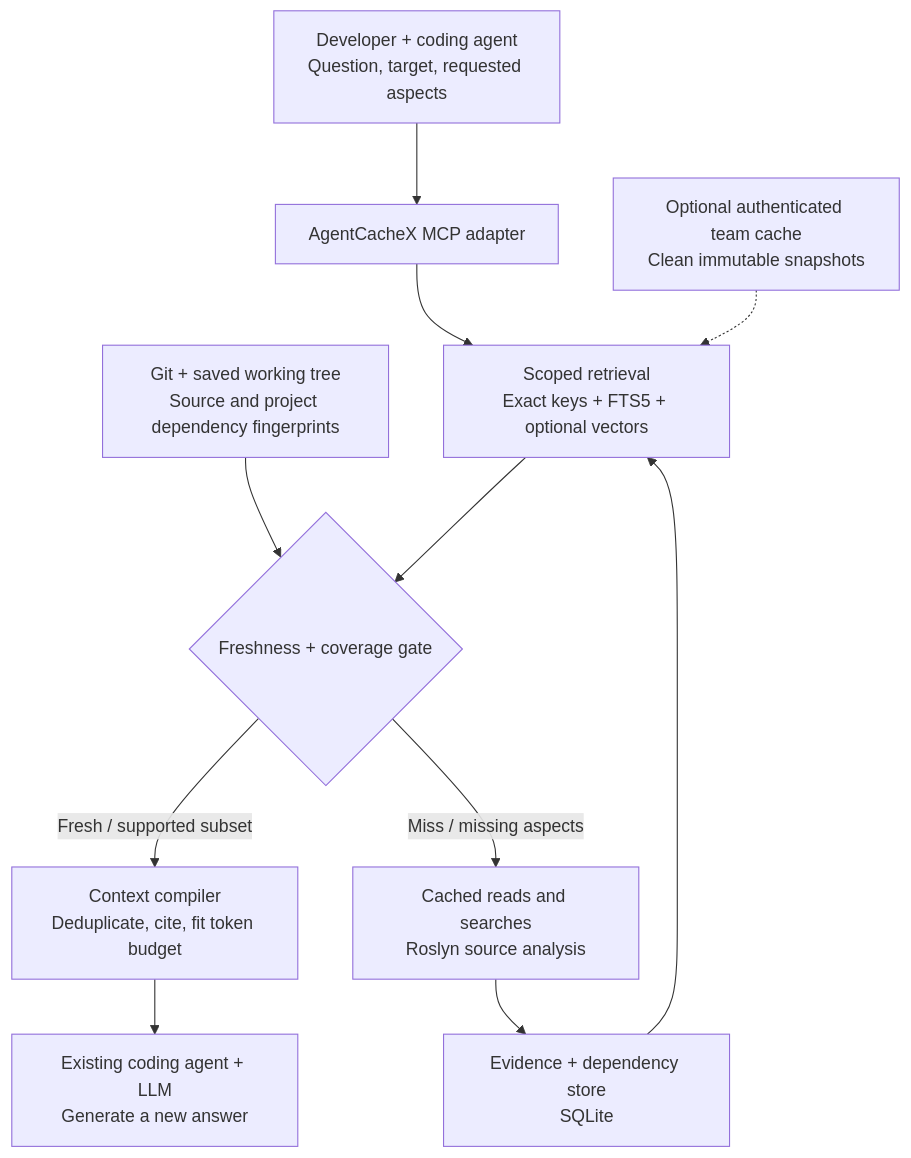
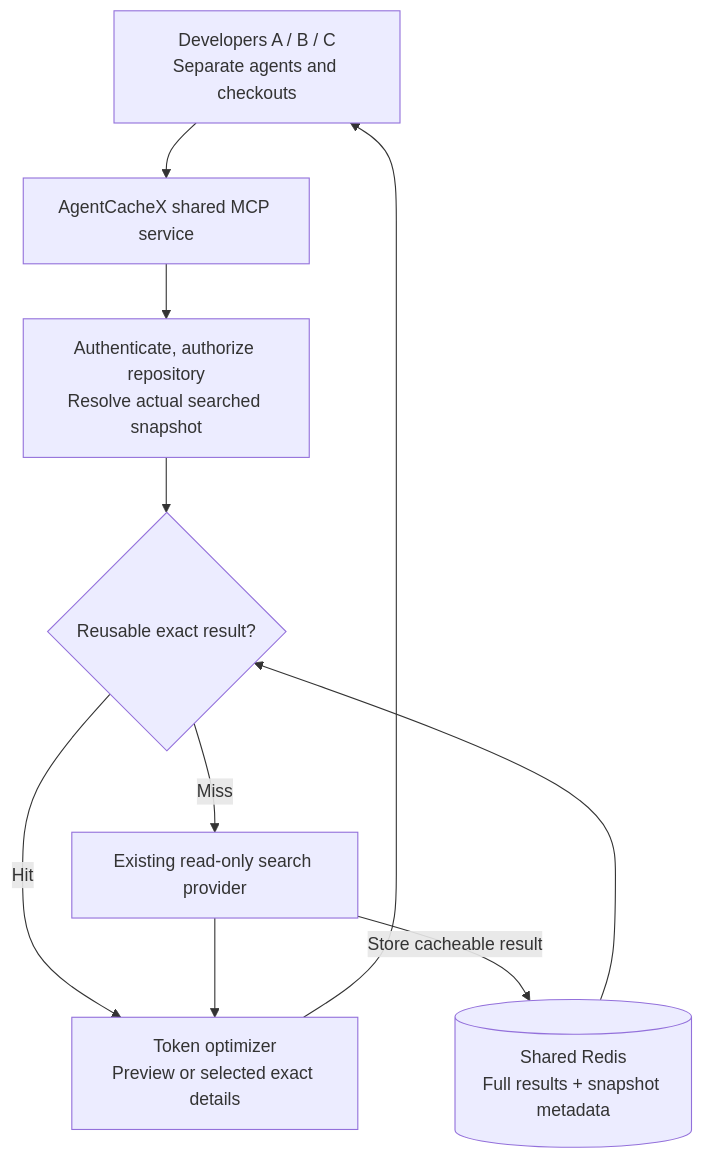
The diagram in README.md (Avish34/AgentCacheX), drawn with Mermaid before and after one commit. The commit also changed other lines of this file and 12 other files, not shown here.

First line of the commit message:
Refocus AgentCacheX on shared tool caching and token optimization

````diff
--- a/README.md
+++ b/README.md
@@ -17,13 +23,12 @@
 ```mermaid
 flowchart TD
-    A["Developer + coding agent<br/>Question, target, requested aspects"] --> B["AgentCacheX MCP adapter"]
-    B --> C["Scoped retrieval<br/>Exact keys + FTS5 + optional vectors"]
-    D["Git + saved working tree<br/>Source and project dependency fingerprints"] --> E{"Freshness + coverage gate"}
-    C --> E
-    E -->|"Fresh / supported subset"| F["Context compiler<br/>Deduplicate, cite, fit token budget"]
-    E -->|"Miss / missing aspects"| G["Cached reads and searches<br/>Roslyn source analysis"]
-    G --> H["Evidence + dependency store<br/>SQLite"]
-    H --> C
-    F --> I["Existing coding agent + LLM<br/>Generate a new answer"]
-    J["Optional authenticated team cache<br/>Clean immutable snapshots"] -.-> C
+    A["Developers A / B / C<br/>Separate agents and checkouts"] --> M["AgentCacheX shared MCP service"]
+    M --> G["Authenticate, authorize repository<br/>Resolve actual searched snapshot"]
+    G --> K{"Reusable exact result?"}
+    R[("Shared Redis<br/>Full results + snapshot metadata")] --> K
+    K -->|"Hit"| O["Token optimizer<br/>Preview or selected exact details"]
+    K -->|"Miss"| P["Existing read-only search provider"]
+    P -->|"Store cacheable result"| R
+    P --> O
+    O --> A
 ```
````
